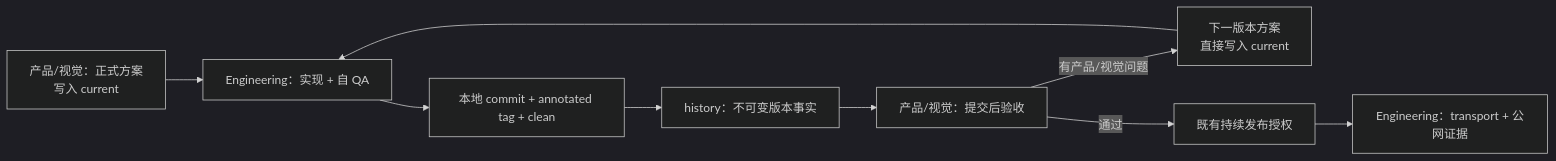
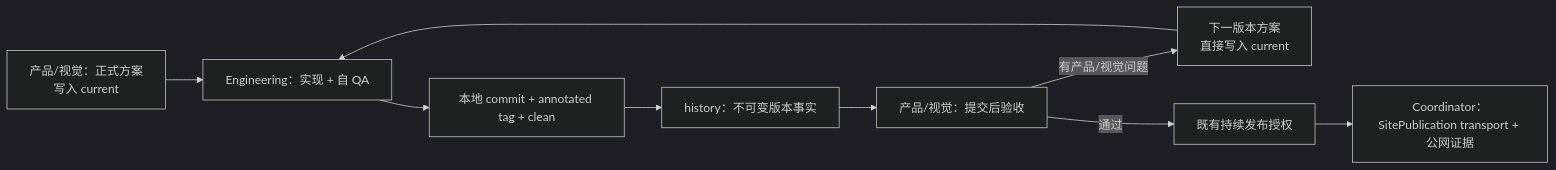
One commit to Chizheng4/xingbuild changed the first of 3 diagrams in docs/rules/responsibility-and-workflows.md. Above: the diagram before and after it, drawn with Mermaid (dark theme). The commit also changed other lines of this file and 23 other files, not shown here.

Commit message:
feat: rebuild product content site publication architecture

````diff
--- a/docs/rules/responsibility-and-workflows.md
+++ b/docs/rules/responsibility-and-workflows.md
@@ -24,11 +25,11 @@
 ```mermaid
 flowchart LR
     A["产品/视觉：正式方案\n写入 current"] --> B["Engineering：实现 + 自 QA"]
     B --> C["本地 commit + annotated tag + clean"]
     C --> D["history：不可变版本事实"]
     D --> E["产品/视觉：提交后验收"]
     E -->|有产品/视觉问题| F["下一版本方案\n直接写入 current"]
     F --> B
     E -->|通过| G["既有持续发布授权"]
-    G --> H["Engineering：transport + 公网证据"]
+    G --> H["Coordinator：SitePublication transport + 公网证据"]
 ```
````
